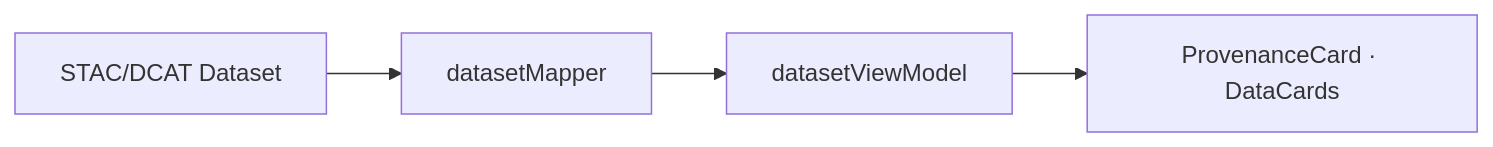
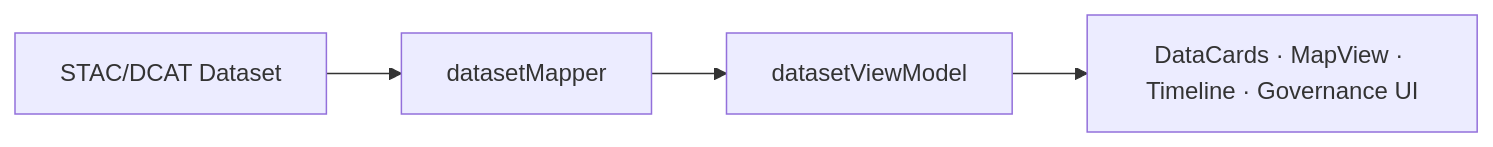
Before and after one commit to bartytime4life/Kansas-Frontier-Matrix: the fifth of 6 diagrams in web/src/entities/README.md, drawn with Mermaid. The commit also changed other lines of this file, not shown here.

````diff
--- a/web/src/entities/README.md
+++ b/web/src/entities/README.md
@@ -239,6 +375,6 @@
-```mermaid
+~~~mermaid
 flowchart LR
     D1[STAC/DCAT Dataset] --> D2[datasetMapper]
     D2 --> D3[datasetViewModel]
-    D3 --> PC[ProvenanceCard · DataCards]
-```
+    D3 --> UI[DataCards · MapView · Timeline · Governance UI]
+~~~
````
